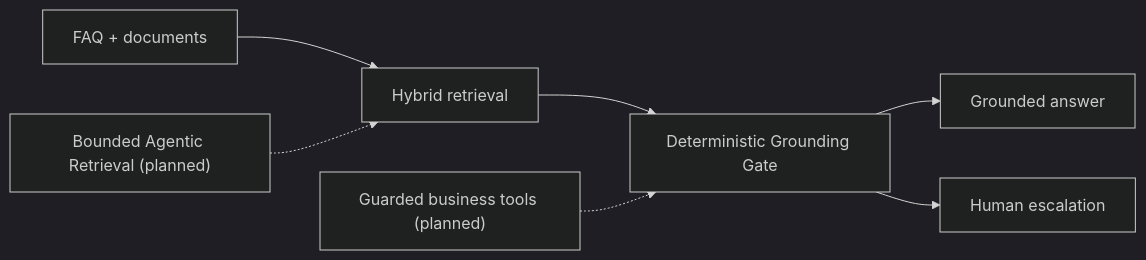
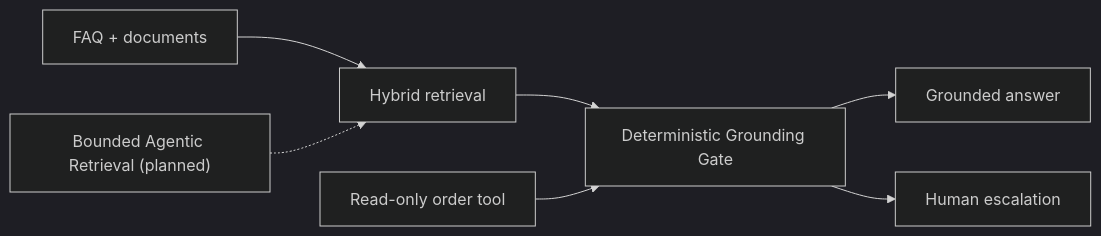
Before and after one commit to Rcloudso/smart-customer-service-ai: the diagram in README.md, drawn with Mermaid (dark theme). The commit also changed other lines of this file and 16 other files, not shown here.

````diff
--- a/README.md
+++ b/README.md
@@ -121,9 +121,9 @@
 ```mermaid
 flowchart LR
   K["FAQ + documents"] --> R["Hybrid retrieval"]
   R --> G["Deterministic Grounding Gate"]
   G --> A["Grounded answer"]
   G --> H["Human escalation"]
   P["Bounded Agentic Retrieval (planned)"] -.-> R
-  T["Guarded business tools (planned)"] -.-> G
+  T["Read-only order tool"] --> G
 ```
````
